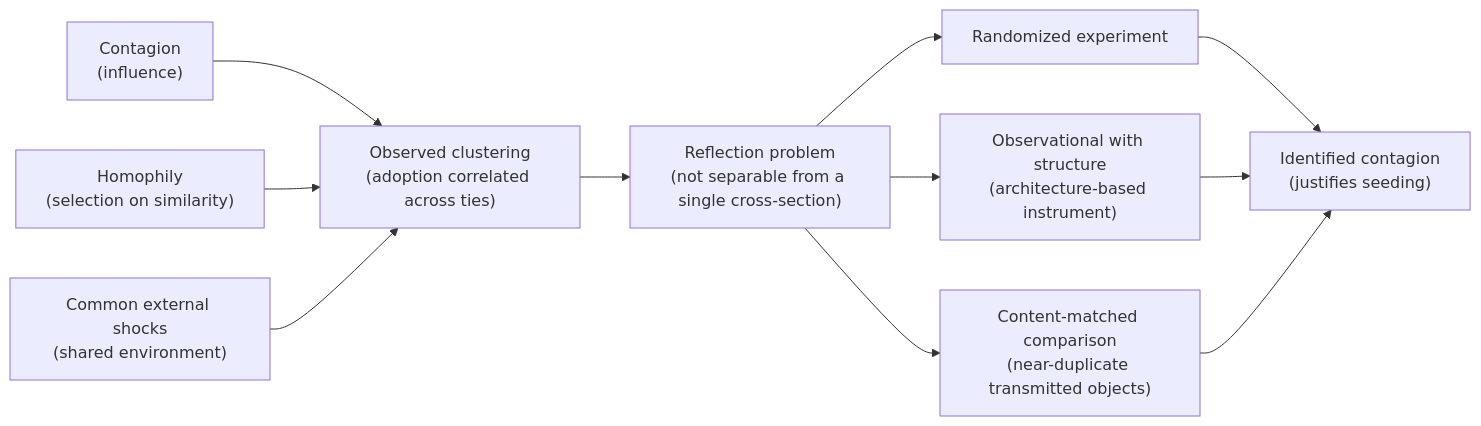
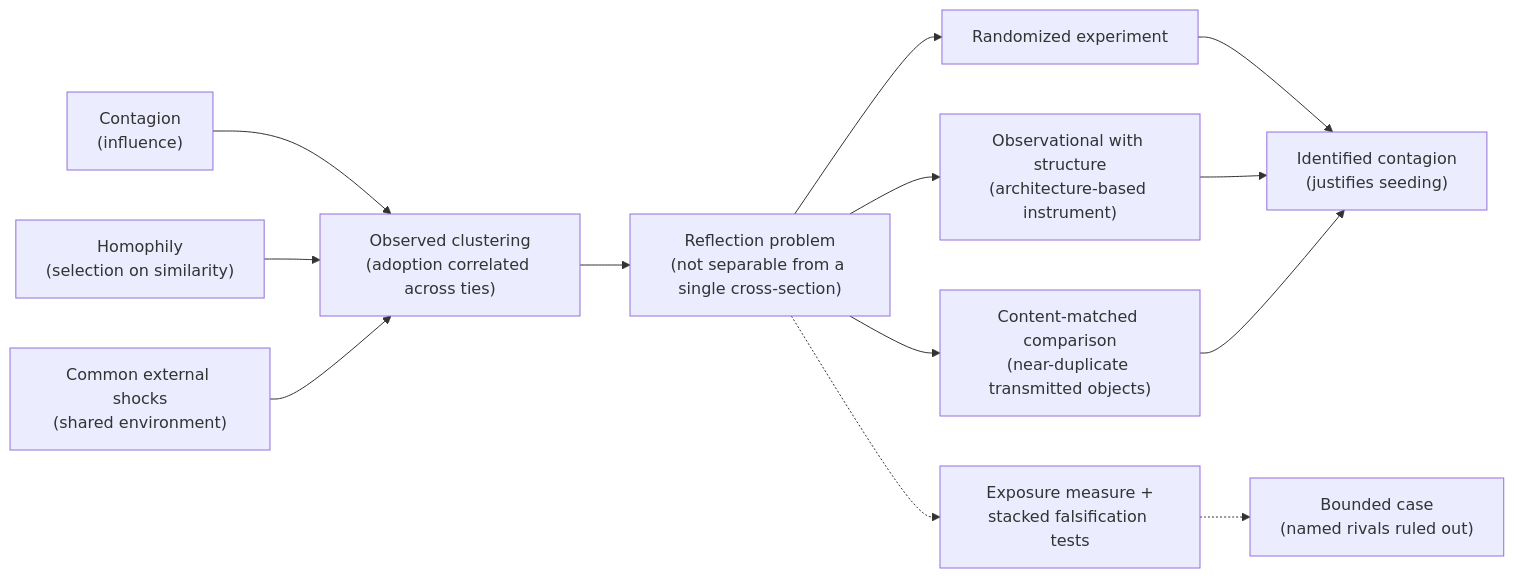
The fourth of 4 diagrams in 54-network-graph.qmd (mikenguyen13/marketing_research), drawn with Mermaid before and after one commit. The commit also changed other lines of this file and 10 other files, not shown here.

First line of the commit message:
Add SCI exposure-design, contagion-paper template and Oster worked example from Griffin, Kruger & Mahajan (RFS 2026)

````diff
--- a/54-network-graph.qmd
+++ b/54-network-graph.qmd
@@ -984,15 +992,17 @@
 ```{mermaid}
 %%| label: fig-net-identification
-%%| fig-cap: "The identification problem for social influence. Contagion, homophily, and common external shocks all produce the same observed clustering, the reflection problem blocks their separation from a single cross-section, and only randomization, architecture-based structure, or a content-matched comparison recovers identified contagion."
+%%| fig-cap: "The identification problem for social influence. Contagion, homophily, and common external shocks all produce the same observed clustering, and the reflection problem blocks their separation from a single cross-section. Randomization, architecture-based structure, or a content-matched comparison recovers identified contagion. An exposure measure with stacked falsification tests (dashed) yields a bounded case against named alternatives, not identification."
 flowchart LR
   CO["Contagion<br/>(influence)"] --> OB["Observed clustering<br/>(adoption correlated across ties)"]
   HO["Homophily<br/>(selection on similarity)"] --> OB
   CS["Common external shocks<br/>(shared environment)"] --> OB
   OB --> RP["Reflection problem<br/>(not separable from a single cross-section)"]
   RP --> EX["Randomized experiment"]
   RP --> STR["Observational with structure<br/>(architecture-based instrument)"]
   RP --> CM["Content-matched comparison<br/>(near-duplicate transmitted objects)"]
+  RP -.-> EXP["Exposure measure +<br/>stacked falsification tests"]
   EX --> ID["Identified contagion<br/>(justifies seeding)"]
   STR --> ID
   CM --> ID
+  EXP -.-> BC["Bounded case<br/>(named rivals ruled out)"]
 ```
````
